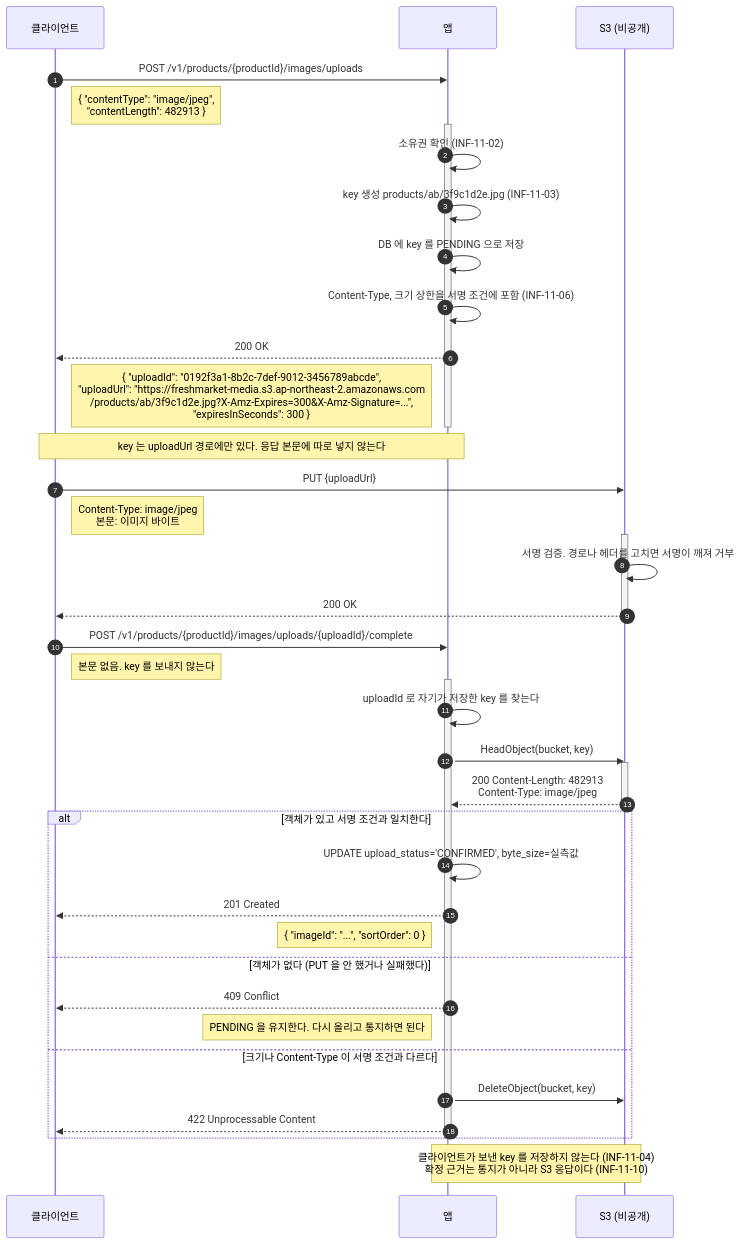
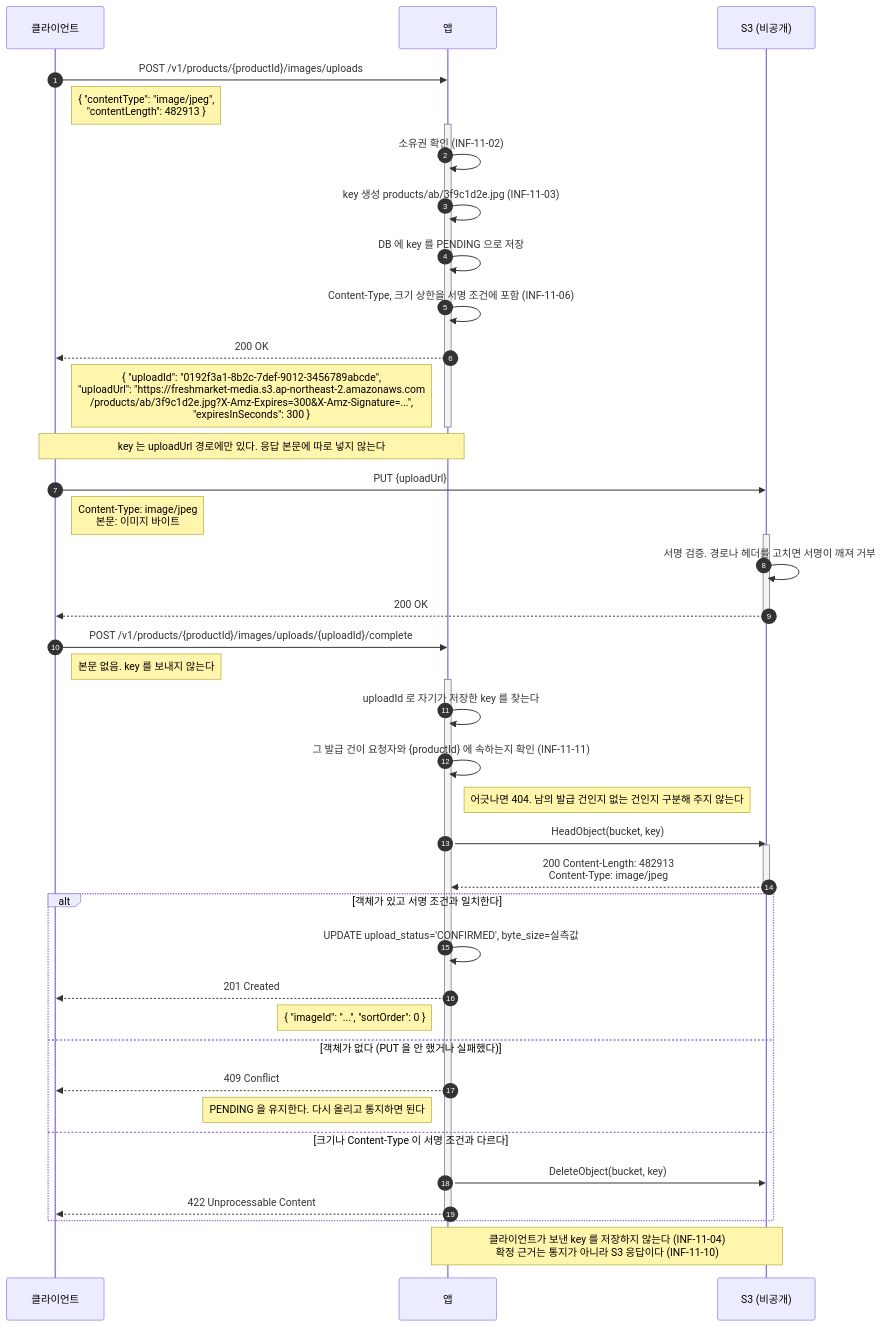
The fourth of 6 diagrams in docs/system-design/백엔드공통_이미지저장소_설계.md (LGU-2/infra), drawn with Mermaid before and after one commit. The commit also changed other lines of this file and 2 other files, not shown here.

````diff
--- a/docs/system-design/백엔드공통_이미지저장소_설계.md
+++ b/docs/system-design/백엔드공통_이미지저장소_설계.md
@@ -294,53 +294,55 @@
 ```mermaid
 sequenceDiagram
     autonumber
     participant C as 클라이언트
     participant A as 앱
     participant S as S3 (비공개)
 
     C->>A: POST /v1/products/{productId}/images/uploads
     Note right of C: { "contentType": "image/jpeg",<br/>"contentLength": 482913 }
 
     activate A
     A->>A: 소유권 확인 (INF-11-02)
     A->>A: key 생성 products/ab/3f9c1d2e.jpg (INF-11-03)
     A->>A: DB 에 key 를 PENDING 으로 저장
     A->>A: Content-Type, 크기 상한을 서명 조건에 포함 (INF-11-06)
     A-->>C: 200 OK
     Note left of A: { "uploadId": "0192f3a1-8b2c-7def-9012-3456789abcde",<br/>"uploadUrl": "https://freshmarket-media.s3.ap-northeast-2.amazonaws.com<br/>/products/ab/3f9c1d2e.jpg?X-Amz-Expires=300&X-Amz-Signature=...",<br/>"expiresInSeconds": 300 }
     deactivate A
 
     Note over C,A: key 는 uploadUrl 경로에만 있다. 응답 본문에 따로 넣지 않는다
 
     C->>S: PUT {uploadUrl}
     Note right of C: Content-Type: image/jpeg<br/>본문: 이미지 바이트
     activate S
     S->>S: 서명 검증. 경로나 헤더를 고치면 서명이 깨져 거부
     S-->>C: 200 OK
     deactivate S
 
     C->>A: POST /v1/products/{productId}/images/uploads/{uploadId}/complete
     Note right of C: 본문 없음. key 를 보내지 않는다
     activate A
     A->>A: uploadId 로 자기가 저장한 key 를 찾는다
+    A->>A: 그 발급 건이 요청자와 {productId} 에 속하는지 확인 (INF-11-11)
+    Note right of A: 어긋나면 404. 남의 발급 건인지 없는 건인지 구분해 주지 않는다
 
     A->>S: HeadObject(bucket, key)
     activate S
     S-->>A: 200 Content-Length: 482913<br/>Content-Type: image/jpeg
     deactivate S
 
     alt 객체가 있고 서명 조건과 일치한다
         A->>A: UPDATE upload_status='CONFIRMED', byte_size=실측값
         A-->>C: 201 Created
         Note left of A: { "imageId": "...", "sortOrder": 0 }
     else 객체가 없다 (PUT 을 안 했거나 실패했다)
         A-->>C: 409 Conflict
         Note left of A: PENDING 을 유지한다. 다시 올리고 통지하면 된다
     else 크기나 Content-Type 이 서명 조건과 다르다
         A->>S: DeleteObject(bucket, key)
         A-->>C: 422 Unprocessable Content
     end
     deactivate A
 
     Note over A,S: 클라이언트가 보낸 key 를 저장하지 않는다 (INF-11-04)<br/>확정 근거는 통지가 아니라 S3 응답이다 (INF-11-10)
 ```
````
